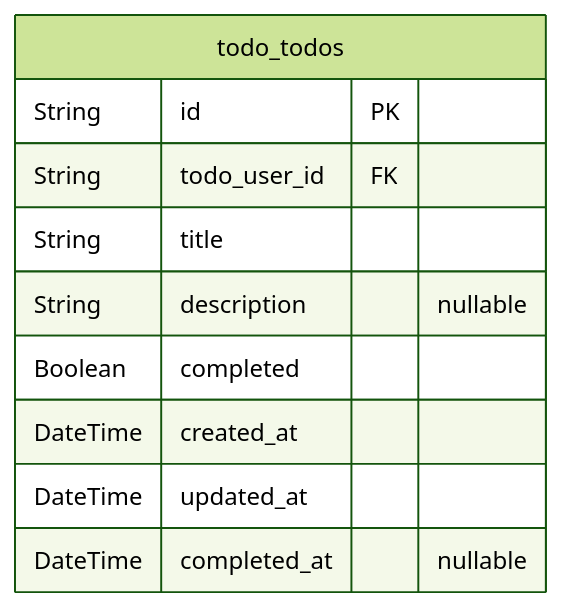
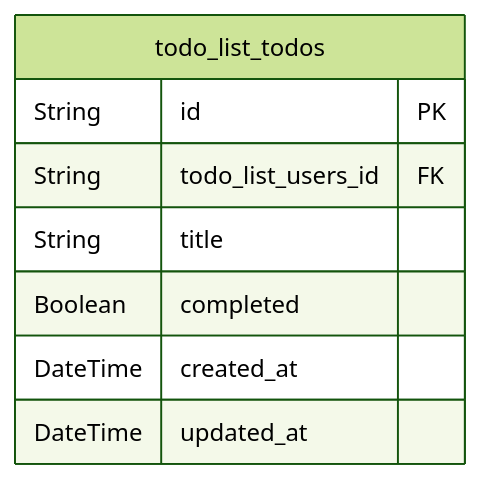
The second of 2 diagrams in qwen/qwen3-next-80b-a3b-instruct/todo/docs/ERD.md (wrtnlabs/autobe-examples), drawn with Mermaid (forest theme) before and after one commit. The commit also changed other lines of this file and 1725 other files, not shown here.

````diff
--- a/qwen/qwen3-next-80b-a3b-instruct/todo/docs/ERD.md
+++ b/qwen/qwen3-next-80b-a3b-instruct/todo/docs/ERD.md
@@ -97,13 +85,11 @@
 ```mermaid
 erDiagram
-"todo_todos" {
+"todo_list_todos" {
   String id PK
-  String todo_user_id FK
+  String todo_list_users_id FK
   String title
-  String description "nullable"
   Boolean completed
   DateTime created_at
   DateTime updated_at
-  DateTime completed_at "nullable"
 }
 ```
````
